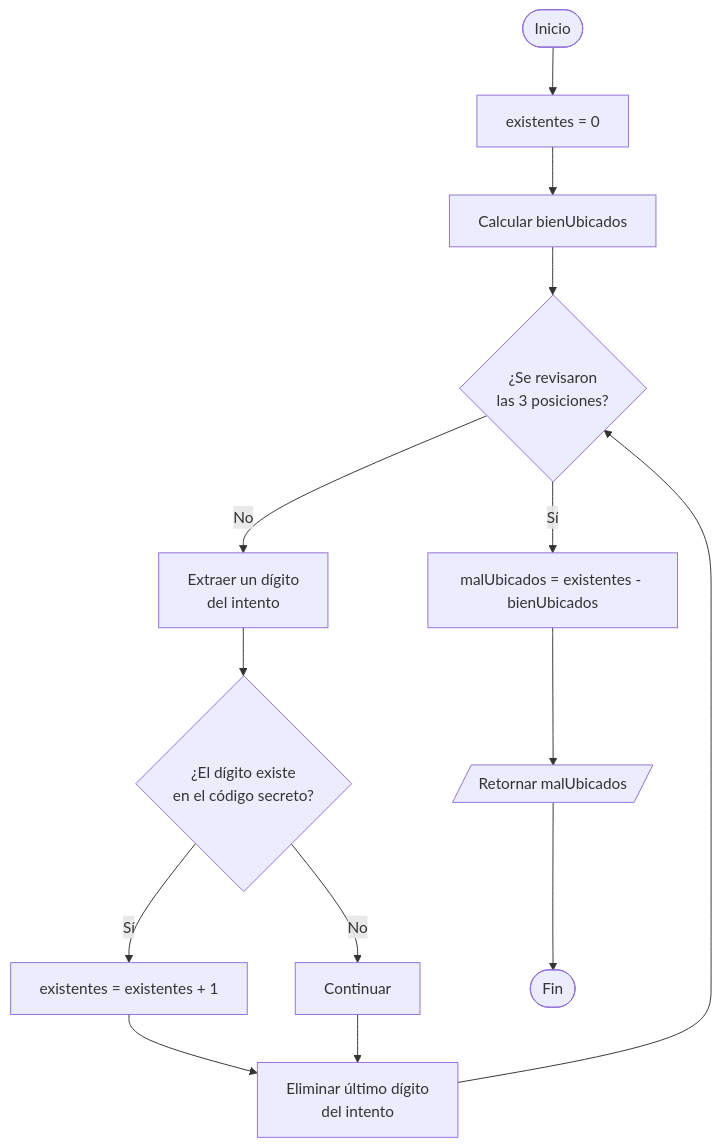
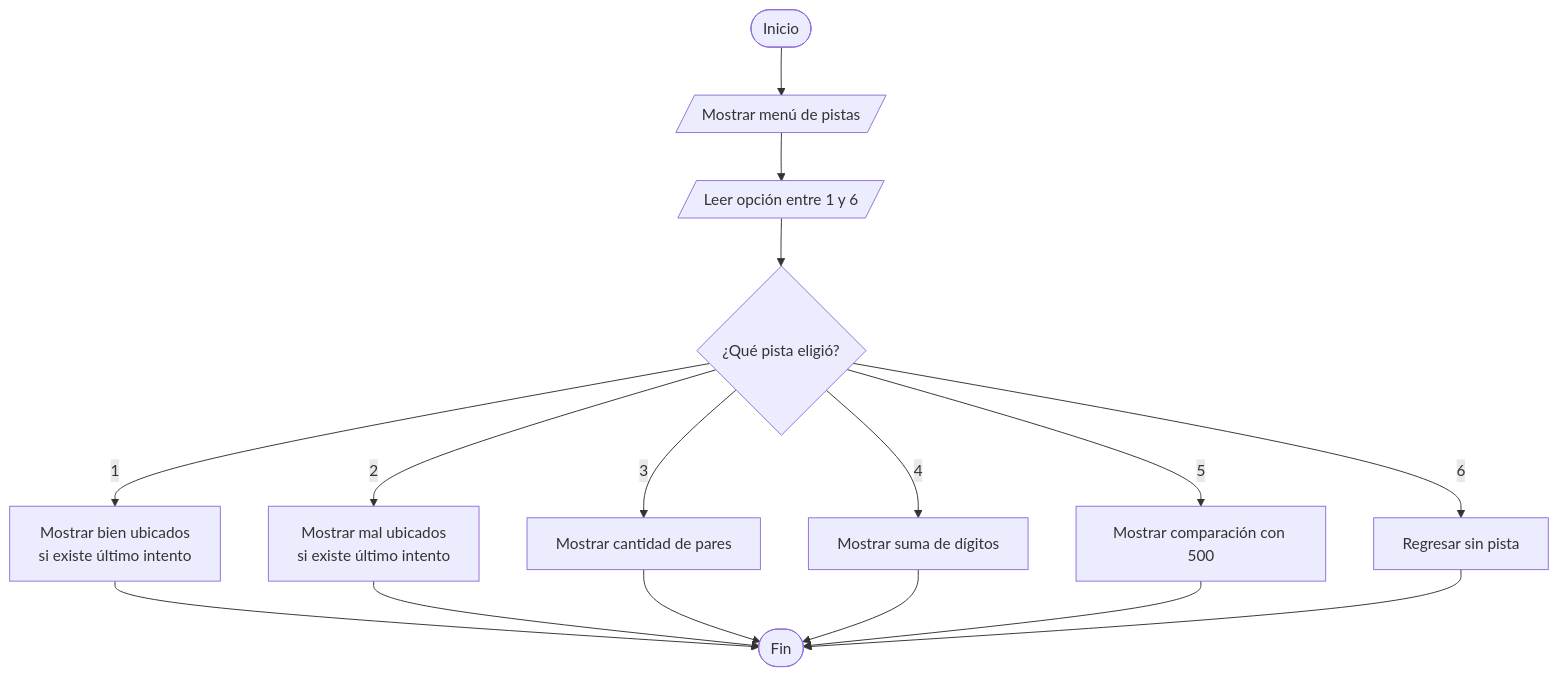
The sixth of 6 diagrams in docs/pitch/06_diagramas_flujo.md (cesarszv/sis111-finalproject), drawn with Mermaid before and after one commit. The commit also changed other lines of this file and 18 other files, not shown here.

````diff
--- a/docs/pitch/06_diagramas_flujo.md
+++ b/docs/pitch/06_diagramas_flujo.md
@@ -121,16 +85,18 @@
 ```mermaid
 flowchart TD
-    A([Inicio]) --> B[existentes = 0]
-    B --> C[Calcular bienUbicados]
-    C --> D{¿Se revisaron<br/>las 3 posiciones?}
-    D -- No --> E[Extraer un dígito<br/>del intento]
-    E --> F{¿El dígito existe<br/>en el código secreto?}
-    F -- Sí --> G[existentes = existentes + 1]
-    F -- No --> H[Continuar]
-    G --> I[Eliminar último dígito<br/>del intento]
-    H --> I
-    I --> D
-    D -- Sí --> J[malUbicados = existentes - bienUbicados]
-    J --> K[/Retornar malUbicados/]
-    K --> L([Fin])
+    A([Inicio]) --> B[/Mostrar menú de pistas/]
+    B --> C[/Leer opción entre 1 y 6/]
+    C --> D{¿Qué pista eligió?}
+    D -- 1 --> E[Mostrar bien ubicados<br/>si existe último intento]
+    D -- 2 --> F[Mostrar mal ubicados<br/>si existe último intento]
+    D -- 3 --> G[Mostrar cantidad de pares]
+    D -- 4 --> H[Mostrar suma de dígitos]
+    D -- 5 --> I[Mostrar comparación con 500]
+    D -- 6 --> J[Regresar sin pista]
+    E --> K([Fin])
+    F --> K
+    G --> K
+    H --> K
+    I --> K
+    J --> K
 ```
````
